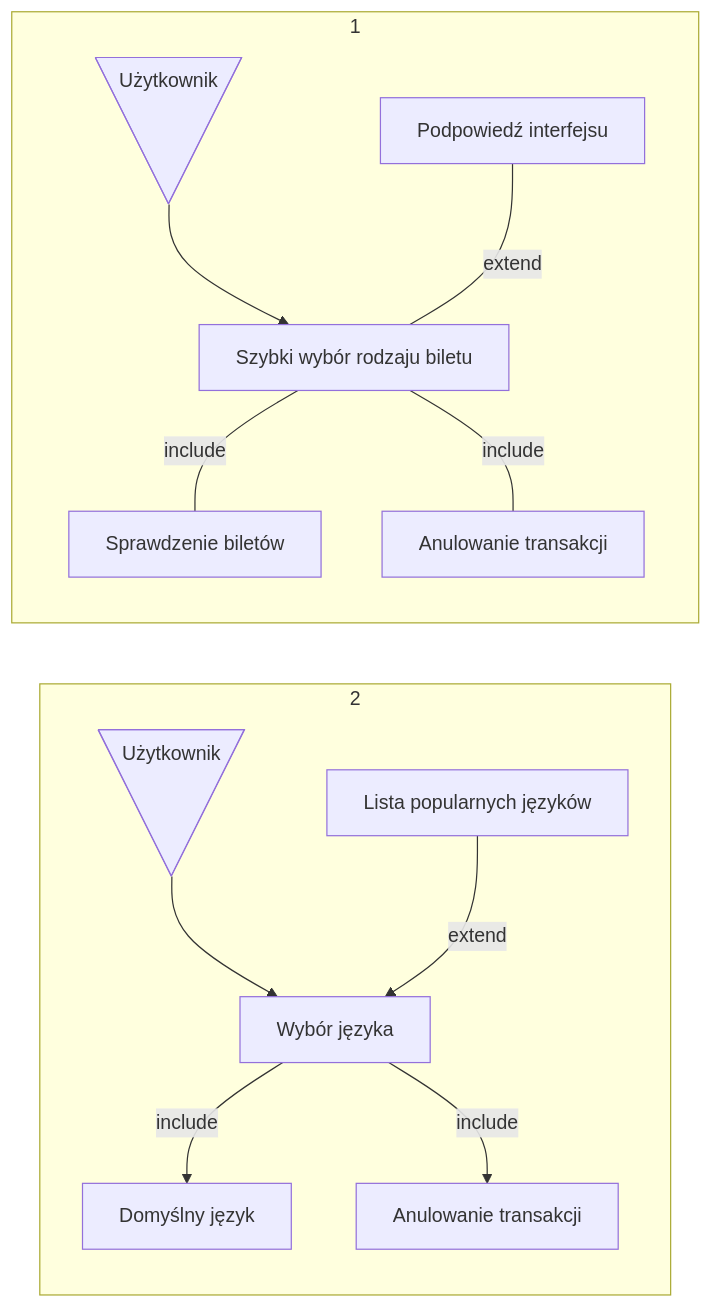
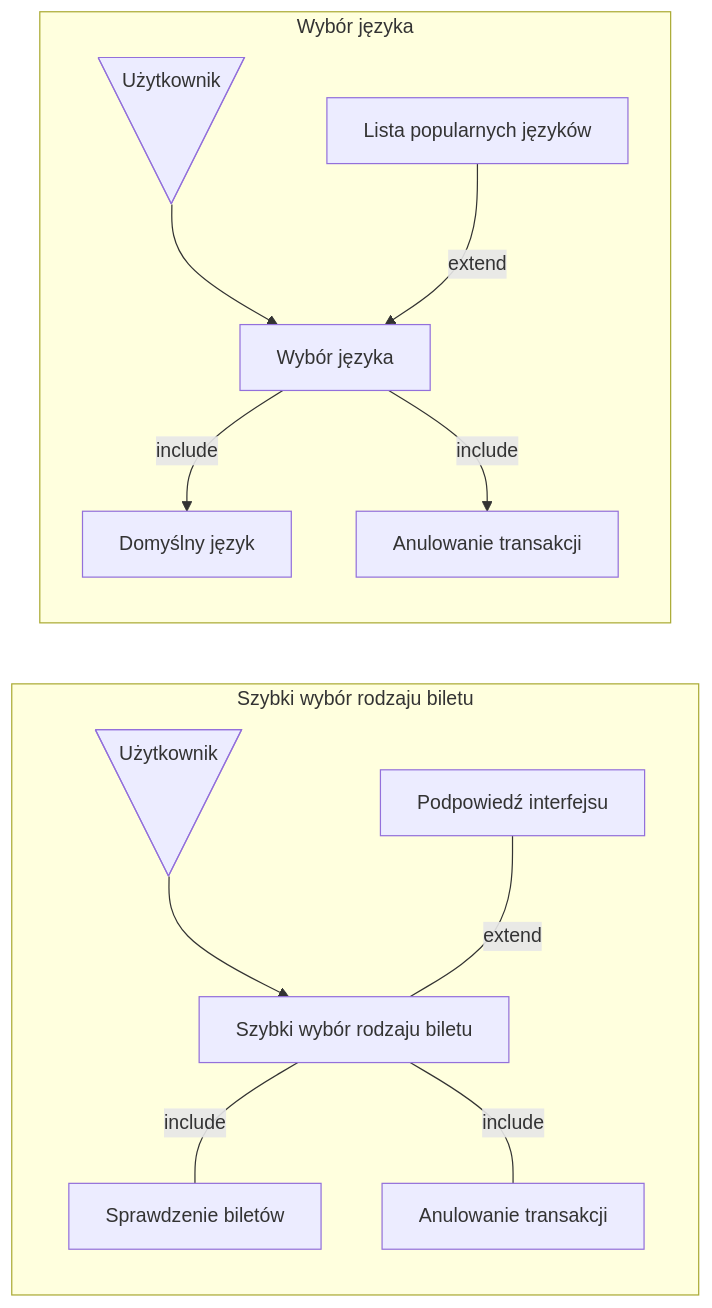
Before and after one commit to MarcinMarszewski/dowolna_nazwa: the first of 2 diagrams in userstories/user.md, drawn with Mermaid. The commit also changed other lines of this file, not shown here.

````diff
--- a/userstories/user.md
+++ b/userstories/user.md
@@ -14,25 +14,25 @@
 ```mermaid
 flowchart LR
-subgraph "1"
+subgraph "Szybki wybór rodzaju biletu"
   A@{ shape: manual-file, label: "Użytkownik" }
   id1[Szybki wybór rodzaju biletu]
   id2[Sprawdzenie biletów]
   id3[Anulowanie transakcji]
   id4[Podpowiedź interfejsu]
 
   A --> id1
   id1-- include ---id2
   id1-- include ---id3
   id4-- extend ---id1
 end
-subgraph "2"
+subgraph "Wybór języka"
   B@{ shape: manual-file, label: "Użytkownik" }
   B --> id5;
   id5[Wybór języka] --include--> id6;
   id5 --include--> id7;
   id8 --extend--> id5;
   id6[Domyślny język];
   id7[Anulowanie transakcji];
   id8[Lista popularnych języków];
 end
 ```
````
